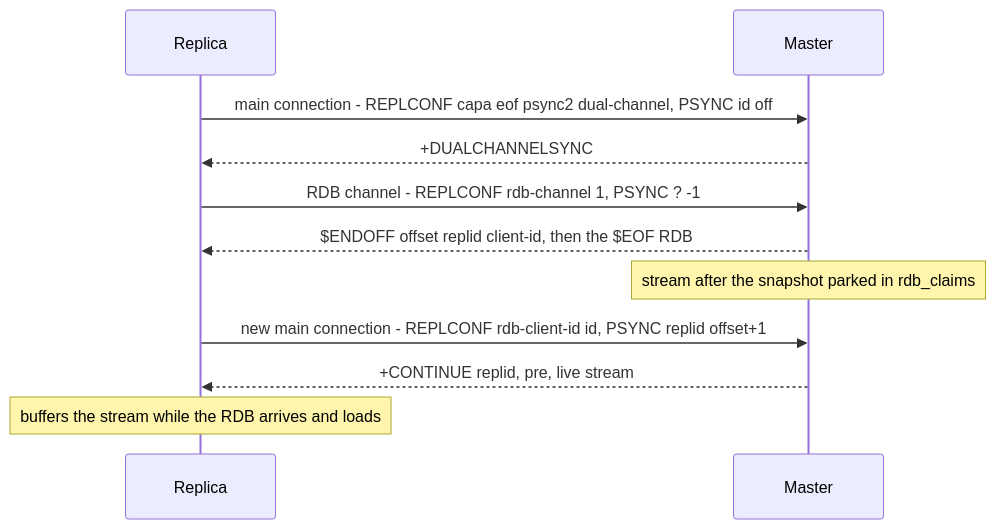
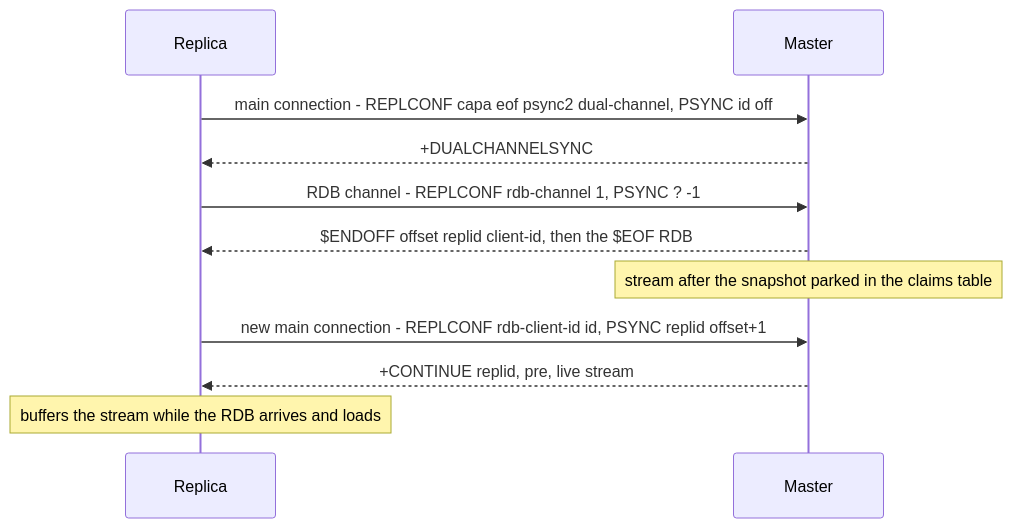
The second of 3 diagrams in docs/internal/14_persistence_replication.md (warrenzhu25/rudis), drawn with Mermaid before and after one commit. The commit also changed other lines of this file, not shown here.

````diff
--- a/docs/internal/14_persistence_replication.md
+++ b/docs/internal/14_persistence_replication.md
@@ -837,13 +738,13 @@
 ```mermaid
 sequenceDiagram
     participant R as Replica
     participant M as Master
     R->>M: main connection - REPLCONF capa eof psync2 dual-channel, PSYNC id off
     M-->>R: +DUALCHANNELSYNC
     R->>M: RDB channel - REPLCONF rdb-channel 1, PSYNC ? -1
     M-->>R: $ENDOFF offset replid client-id, then the $EOF RDB
-    Note over M: stream after the snapshot parked in rdb_claims
+    Note over M: stream after the snapshot parked in the claims table
     R->>M: new main connection - REPLCONF rdb-client-id id, PSYNC replid offset+1
     M-->>R: +CONTINUE replid, pre, live stream
     Note over R: buffers the stream while the RDB arrives and loads
 ```
````
